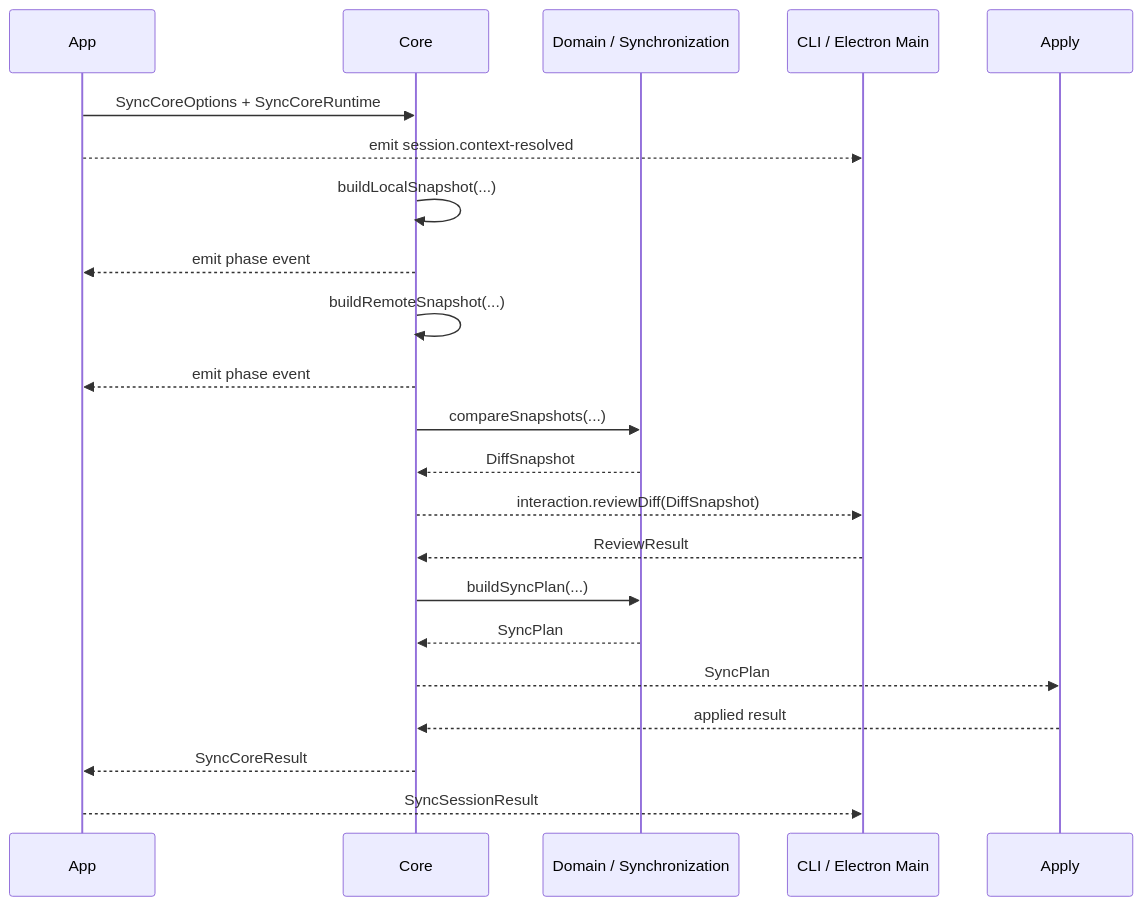
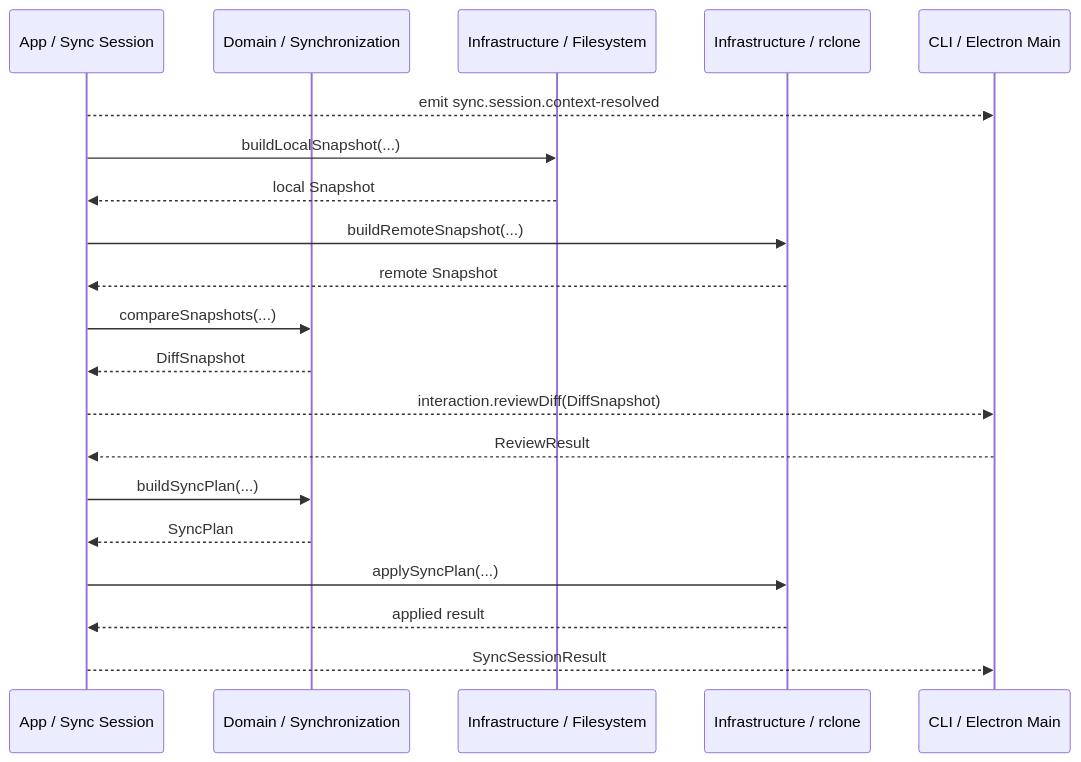
The fourth of 4 diagrams in docs/Architecture.md (agalloch21/sync-with-rclone), drawn with Mermaid before and after one commit. The commit also changed other lines of this file and 29 other files, not shown here.

Commit message:
4B/4C. Filesystem and rclone implementations now live under infrastructure; The transitional src/core boundary has been removed.

````diff
--- a/docs/Architecture.md
+++ b/docs/Architecture.md
@@ -762,25 +760,23 @@
 ```mermaid
 sequenceDiagram
-  participant APP as App
-  participant CORE as Core
+  participant APP as App / Sync Session
   participant DOMAIN as Domain / Synchronization
+  participant FS as Infrastructure / Filesystem
+  participant RCLONE as Infrastructure / rclone
   participant SHELL as CLI / Electron Main
-  participant APPLY as Apply
 
-  APP->>CORE: SyncCoreOptions + SyncCoreRuntime
-  APP-->>SHELL: emit session.context-resolved
-  CORE->>CORE: buildLocalSnapshot(...)
-  CORE-->>APP: emit phase event
-  CORE->>CORE: buildRemoteSnapshot(...)
-  CORE-->>APP: emit phase event
-  CORE->>DOMAIN: compareSnapshots(...)
-  DOMAIN-->>CORE: DiffSnapshot
-  CORE-->>SHELL: interaction.reviewDiff(DiffSnapshot)
-  SHELL-->>CORE: ReviewResult
-  CORE->>DOMAIN: buildSyncPlan(...)
-  DOMAIN-->>CORE: SyncPlan
-  CORE-->>APPLY: SyncPlan
-  APPLY-->>CORE: applied result
-  CORE-->>APP: SyncCoreResult
+  APP-->>SHELL: emit sync.session.context-resolved
+  APP->>FS: buildLocalSnapshot(...)
+  FS-->>APP: local Snapshot
+  APP->>RCLONE: buildRemoteSnapshot(...)
+  RCLONE-->>APP: remote Snapshot
+  APP->>DOMAIN: compareSnapshots(...)
+  DOMAIN-->>APP: DiffSnapshot
+  APP-->>SHELL: interaction.reviewDiff(DiffSnapshot)
+  SHELL-->>APP: ReviewResult
+  APP->>DOMAIN: buildSyncPlan(...)
+  DOMAIN-->>APP: SyncPlan
+  APP->>RCLONE: applySyncPlan(...)
+  RCLONE-->>APP: applied result
   APP-->>SHELL: SyncSessionResult
 ```
````
